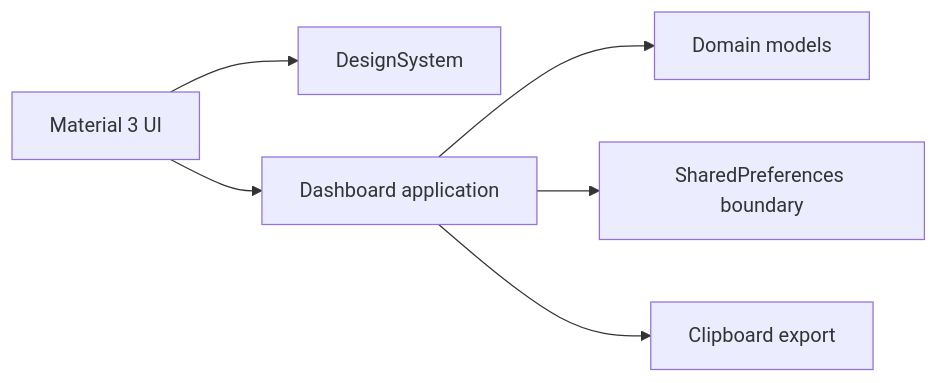
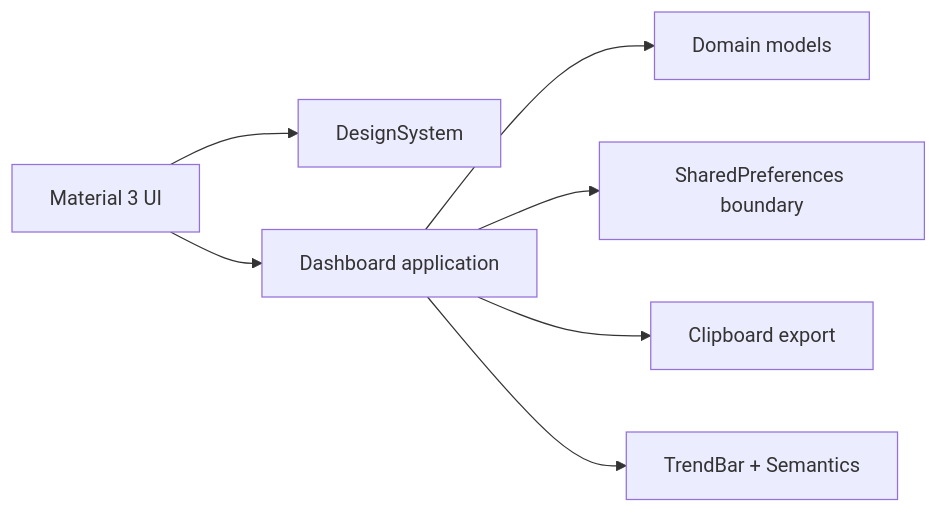
One commit to AloisioMagalhaes/bipolar-mood-spending-tracker changed the diagram in docs/diagrams/uml/12-component.mmd. Above: the diagram before and after it, drawn with Mermaid. The commit also changed 4 other files, not shown here.

```diff
--- a/docs/diagrams/uml/12-component.mmd
+++ b/docs/diagrams/uml/12-component.mmd
@@ -1,6 +1,7 @@
 flowchart LR
 UI[Material 3 UI] --> DS[DesignSystem]
 UI --> APP[Dashboard application]
 APP --> MODEL[Domain models]
 APP --> STORAGE[SharedPreferences boundary]
 APP --> CLIP[Clipboard export]
+APP --> TREND[TrendBar + Semantics]
```
